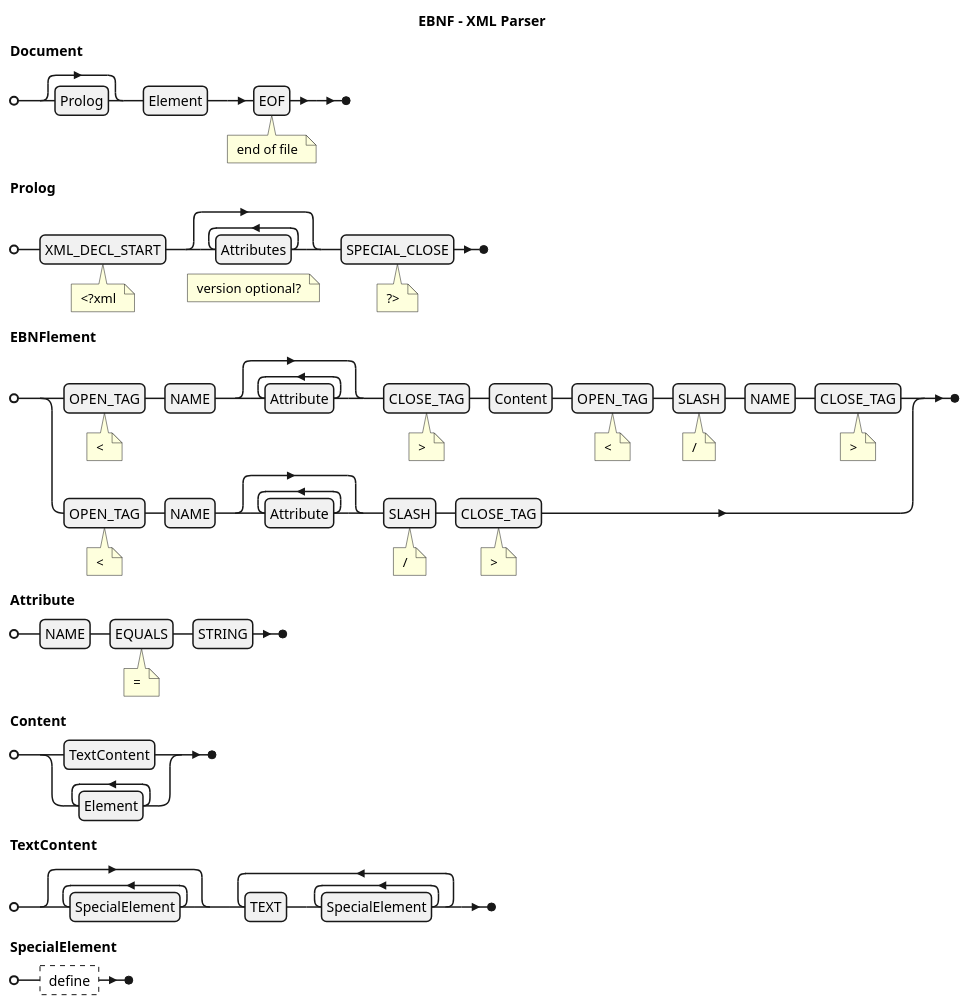
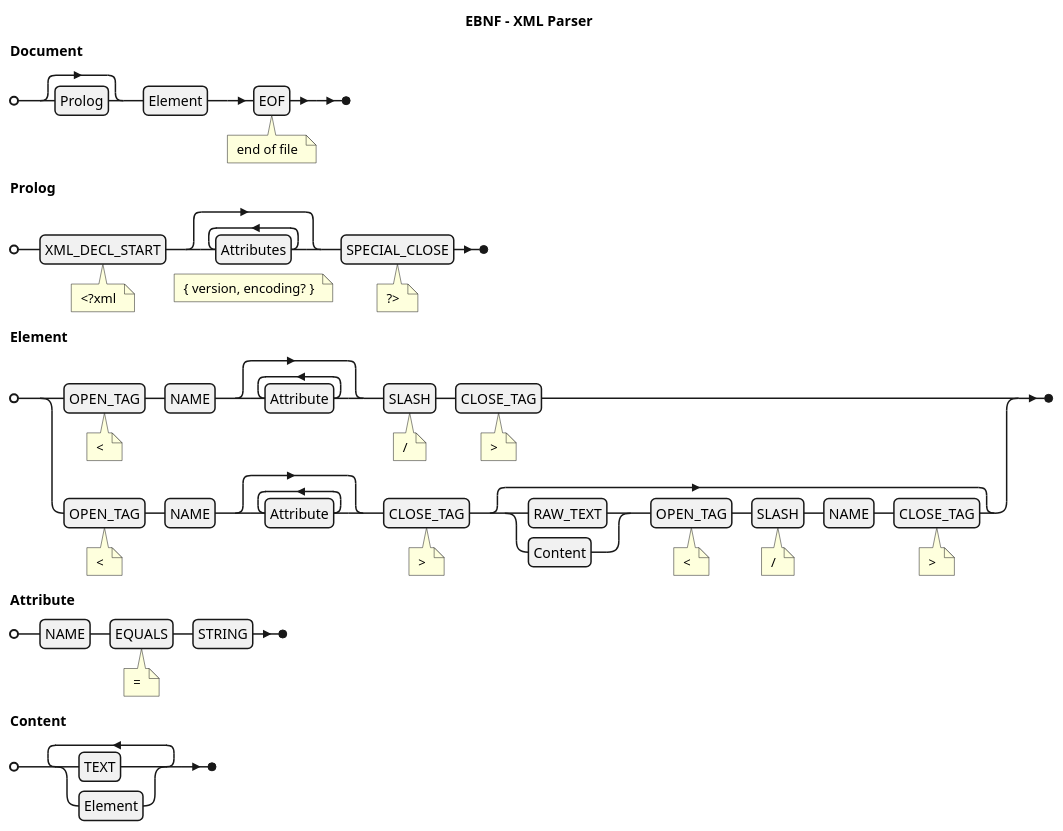
The diagram in implementations/ts-parser-xml/assets/plantuml/parser.plantuml (erkobridee/ds-ast), drawn with PlantUML before and after one commit. The commit also changed 4 other files, not shown here.

```diff
--- a/implementations/ts-parser-xml/assets/plantuml/parser.plantuml
+++ b/implementations/ts-parser-xml/assets/plantuml/parser.plantuml
@@ -1,27 +1,23 @@
 @startebnf
 title EBNF - XML Parser
 
 
 Document = [ Prolog ] , Element , EOF (* end of file *) ;
 
-Prolog = XML_DECL_START (* <?xml *) , { Attributes } (* version optional? *) , SPECIAL_CLOSE (* ?> *) ;
+Prolog = XML_DECL_START (* <?xml *) , { Attributes } (* { version, encoding? } *) , SPECIAL_CLOSE (* ?> *) ;
 
-EBNFlement = (
-    OPEN_TAG (* < *) , NAME , { Attribute } , CLOSE_TAG (* > *) , Content , OPEN_TAG (* < *) , SLASH (* / *) , NAME , CLOSE_TAG (* > *) | 
-    OPEN_TAG (* < *) , NAME , { Attribute } , SLASH (* / *) , CLOSE_TAG (* > *)
+Element = (
+    OPEN_TAG (* < *) , NAME , { Attribute } , SLASH (* / *) , CLOSE_TAG (* > *) |
+    OPEN_TAG (* < *) , NAME , { Attribute } , CLOSE_TAG (* > *) , [ ( RAW_TEXT | Content ) , OPEN_TAG (* < *) , SLASH (* / *) , NAME , CLOSE_TAG (* > *) ]
   ) 
   ;
 
 Attribute = NAME , EQUALS (* = *) , STRING ;
 
-Content = ( 
-    TextContent |
-    {Element}-
-  ) 
+Content = { ( 
+    TEXT |
+    Element
+  ) }-
   ;
 
-TextContent =  { SpecialElement } , { TEXT , { SpecialElement }- }- ;
-
-SpecialElement = ? define ? ;
-
 @endebnf
```
